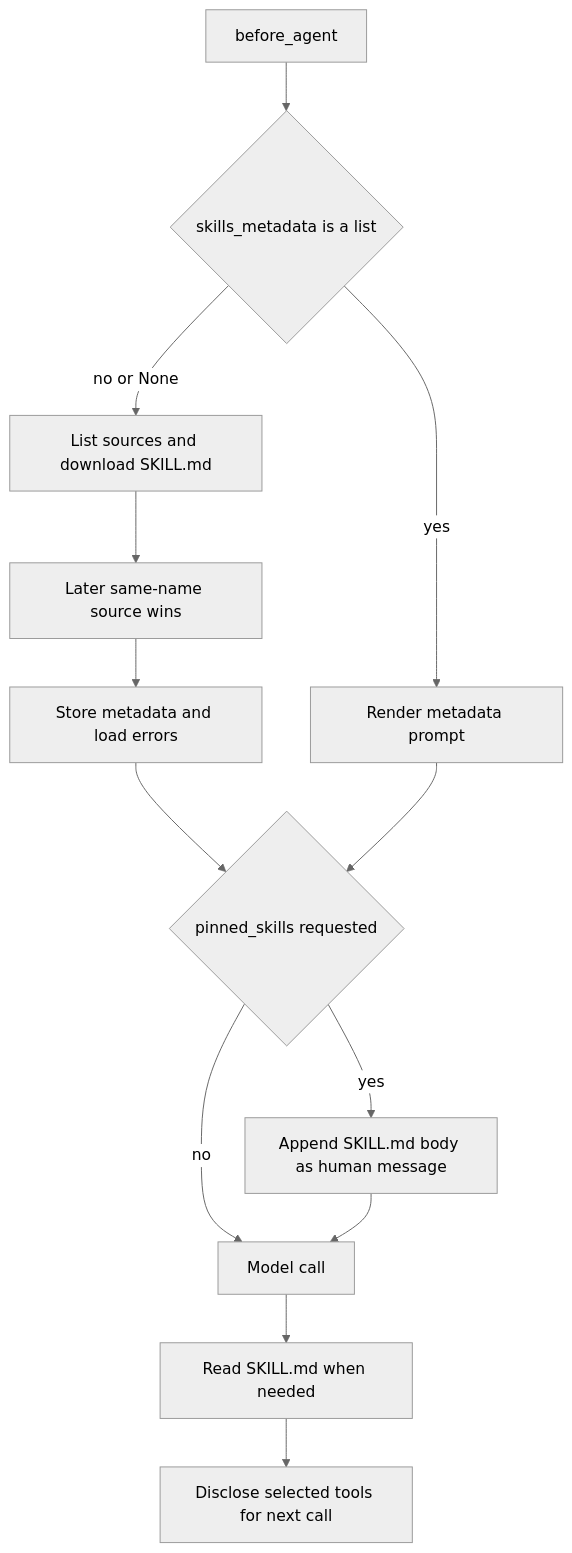
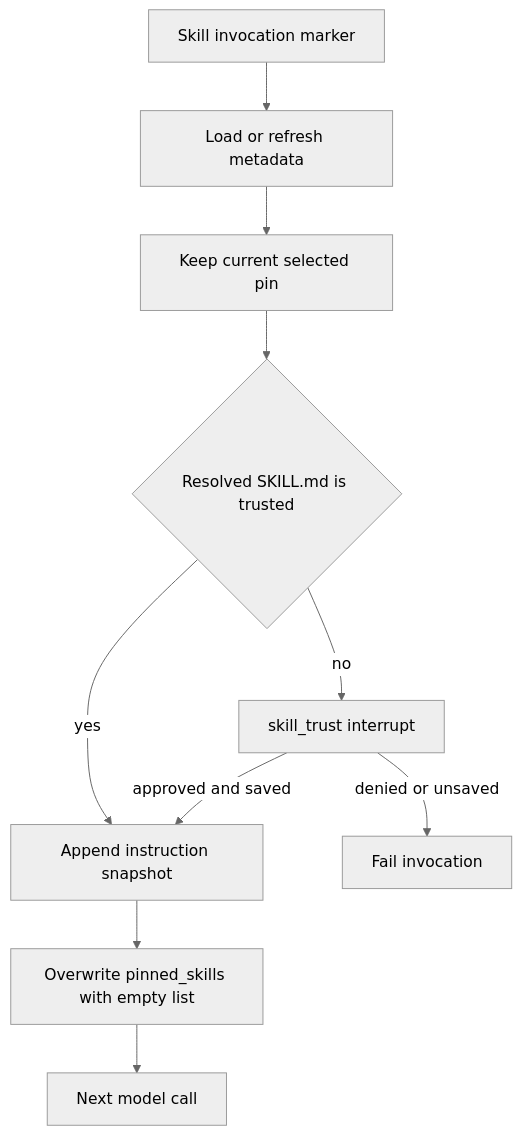
One commit to langchain-ai/deepagents changed the third of 3 diagrams in openwiki/concepts/subagents-skills.md. Above: the diagram before and after it, drawn with Mermaid (neutral theme). The commit also changed other lines of this file and 35 other files, not shown here.

````diff
--- a/openwiki/concepts/subagents-skills.md
+++ b/openwiki/concepts/subagents-skills.md
@@ -88,15 +109,12 @@
 ```mermaid
 flowchart TD
-    Begin["before_agent"] --> Cached{"skills_metadata is a list"}
-    Cached -->|"yes"| Prompt["Render metadata prompt"]
-    Cached -->|"no or None"| Scan["List sources and download SKILL.md"]
-    Scan --> Overlay["Later same-name source wins"]
-    Overlay --> Store["Store metadata and load errors"]
-    Store --> Pin{"pinned_skills requested"}
-    Prompt --> Pin
-    Pin -->|"yes"| Snapshot["Append SKILL.md body as human message"]
-    Pin -->|"no"| Model["Model call"]
-    Snapshot --> Model
-    Model --> Read["Read SKILL.md when needed"]
-    Read --> Gate["Disclose selected tools for next call"]
+    Invoke["Skill invocation marker"] --> Load["Load or refresh metadata"]
+    Load --> Select["Keep current selected pin"]
+    Select --> Trusted{"Resolved SKILL.md is trusted"}
+    Trusted -->|"yes"| Pin["Append instruction snapshot"]
+    Trusted -->|"no"| Ask["skill_trust interrupt"]
+    Ask -->|"approved and saved"| Pin
+    Ask -->|"denied or unsaved"| Fail["Fail invocation"]
+    Pin --> Clear["Overwrite pinned_skills with empty list"]
+    Clear --> Model["Next model call"]
 ```
````
